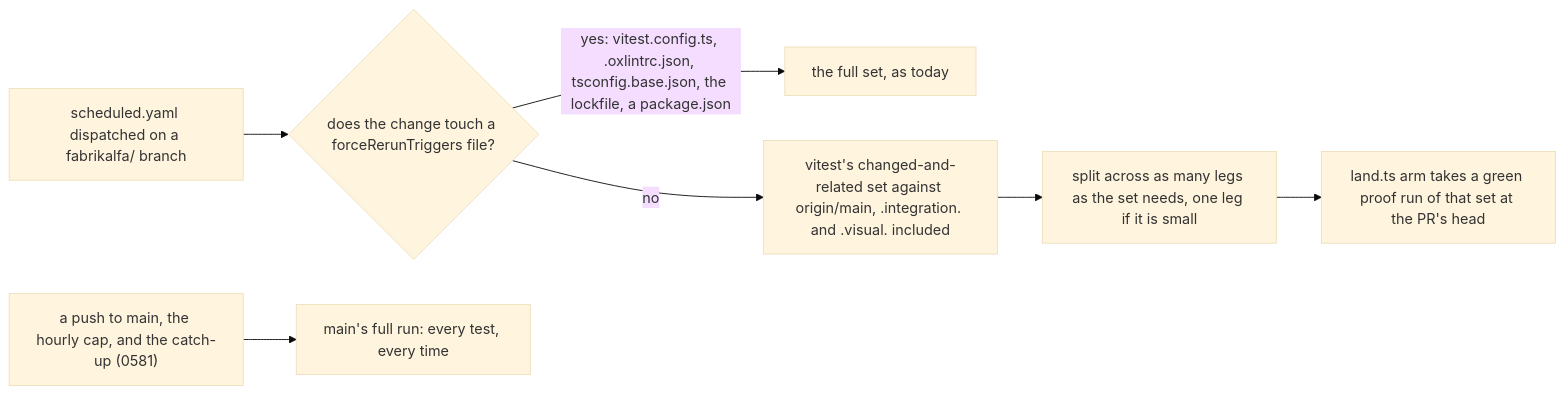
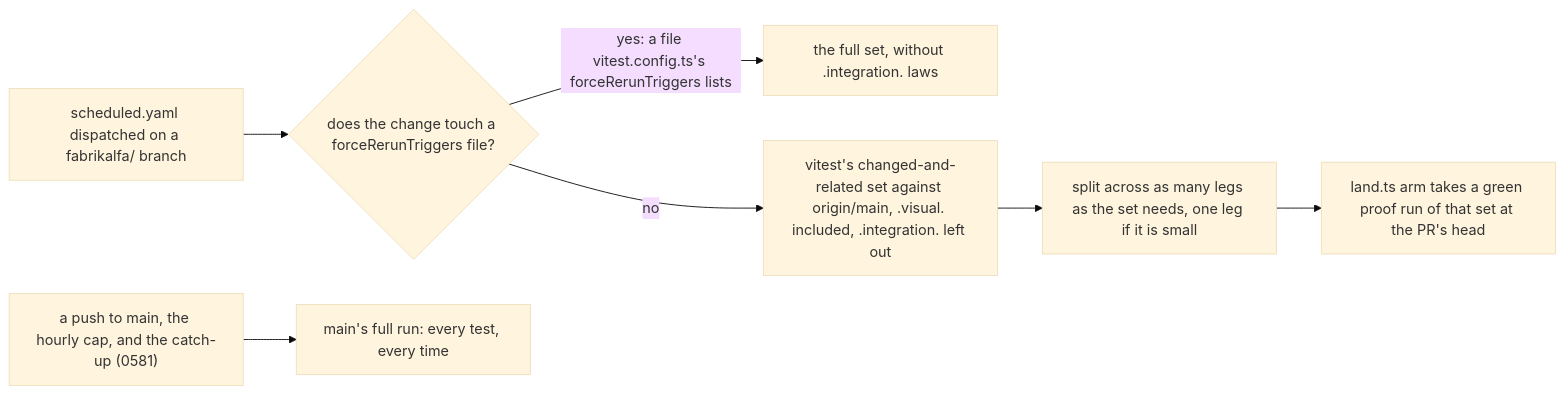
One commit to kamp-us/tea-fabrika changed the diagram in .decisions/0590-a-branch-proof-run-runs-only-what-its-change-reaches.md. Above: the diagram before and after it, drawn with Mermaid (base theme). The commit also changed other lines of this file and 66 other files, not shown here.

````diff
--- a/.decisions/0590-a-branch-proof-run-runs-only-what-its-change-reaches.md
+++ b/.decisions/0590-a-branch-proof-run-runs-only-what-its-change-reaches.md
@@ -11,9 +11,9 @@
 ```mermaid
 flowchart LR
   dispatch["scheduled.yaml dispatched on a fabrikalfa/ branch"] --> trigger{"does the change touch a forceRerunTriggers file?"}
-  trigger -->|"yes: vitest.config.ts, .oxlintrc.json, tsconfig.base.json, the lockfile, a package.json"| all["the full set, as today"]
-  trigger -->|"no"| changed["vitest's changed-and-related set against origin/main, .integration. and .visual. included"]
+  trigger -->|"yes: a file vitest.config.ts's forceRerunTriggers lists"| all["the full set, without .integration. laws"]
+  trigger -->|"no"| changed["vitest's changed-and-related set against origin/main, .visual. included, .integration. left out"]
   changed --> legs["split across as many legs as the set needs, one leg if it is small"]
   legs --> arm["land.ts arm takes a green proof run of that set at the PR's head"]
   main["a push to main, the hourly cap, and the catch-up (0581)"] --> full["main's full run: every test, every time"]
 ```
````
